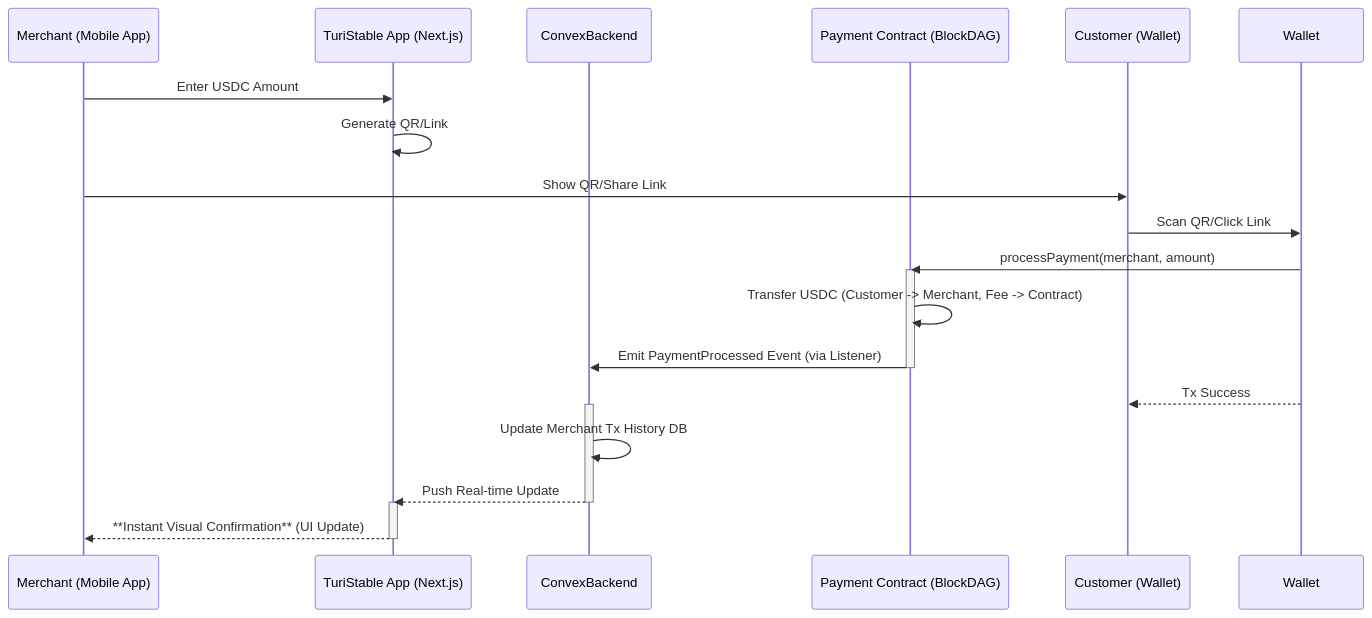
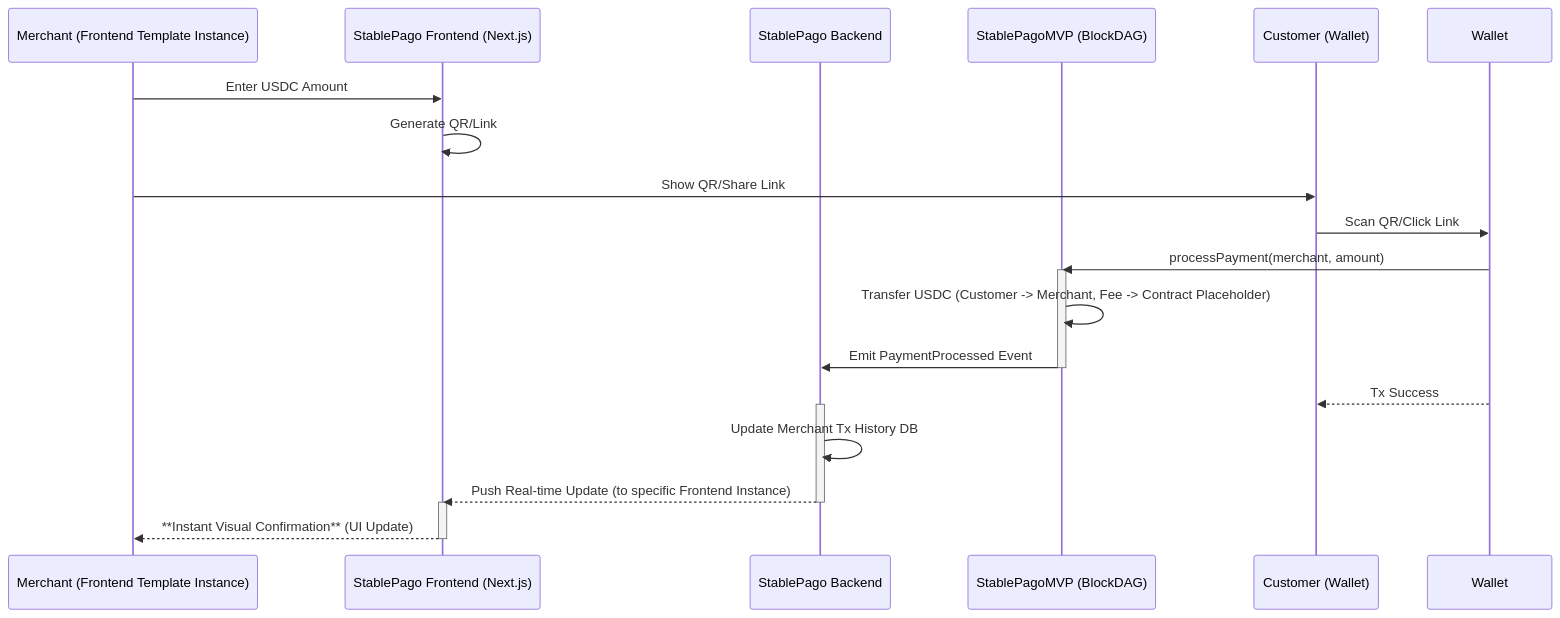
The diagram in README.md (tapilew/equilibrio-alpha), drawn with Mermaid before and after one commit. The commit also changed other lines of this file, not shown here.

First line of the commit message:
docs: rebrand to StablePago Protocol

````diff
--- a/README.md
+++ b/README.md
@@ -203,29 +141,30 @@
 ```mermaid
 sequenceDiagram
-    participant SME as Merchant (Mobile App)
-    participant TSApp as TuriStable App (Next.js)
-    participant ConvexBackend
-    participant TStableContract as Payment Contract (BlockDAG)
+    participant SME as Merchant (Frontend Template Instance)
+    participant SPApp as StablePago Frontend (Next.js)
+    participant ConvexBackend as StablePago Backend
+    participant SPContract as StablePagoMVP (BlockDAG)
     participant Tourist as Customer (Wallet)
 
-    SME->>TSApp: Enter USDC Amount
-    TSApp->>TSApp: Generate QR/Link
+    SME->>SPApp: Enter USDC Amount
+    SPApp->>SPApp: Generate QR/Link
     SME->>Tourist: Show QR/Share Link
 
     Tourist->>Wallet: Scan QR/Click Link
-    Wallet->>TStableContract: processPayment(merchant, amount)
-    activate TStableContract
-    TStableContract->>TStableContract: Transfer USDC (Customer -> Merchant, Fee -> Contract)
-    TStableContract->>ConvexBackend: Emit PaymentProcessed Event (via Listener)
-    deactivate TStableContract
+    Wallet->>SPContract: processPayment(merchant, amount)
+    activate SPContract
+    %% Fee split (future state): 0.6% ProtoTreasury, 0.6% CommDAO, 0.6% Maintainers %%
+    SPContract->>SPContract: Transfer USDC (Customer -> Merchant, Fee -> Contract Placeholder)
+    SPContract->>ConvexBackend: Emit PaymentProcessed Event
+    deactivate SPContract
     Wallet-->>Tourist: Tx Success
 
     activate ConvexBackend
     ConvexBackend->>ConvexBackend: Update Merchant Tx History DB
-    ConvexBackend-->>TSApp: Push Real-time Update
+    ConvexBackend-->>SPApp: Push Real-time Update (to specific Frontend Instance)
     deactivate ConvexBackend
 
-    activate TSApp
-    TSApp-->>SME: **Instant Visual Confirmation** (UI Update)
-    deactivate TSApp
+    activate SPApp
+    SPApp-->>SME: **Instant Visual Confirmation** (UI Update)
+    deactivate SPApp
 ```
````
